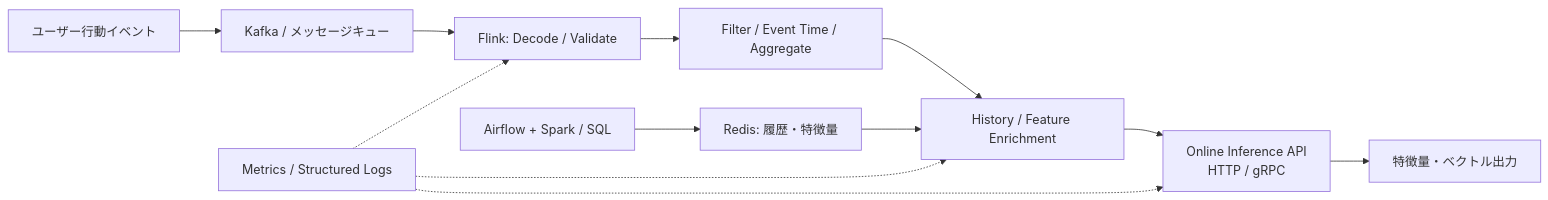
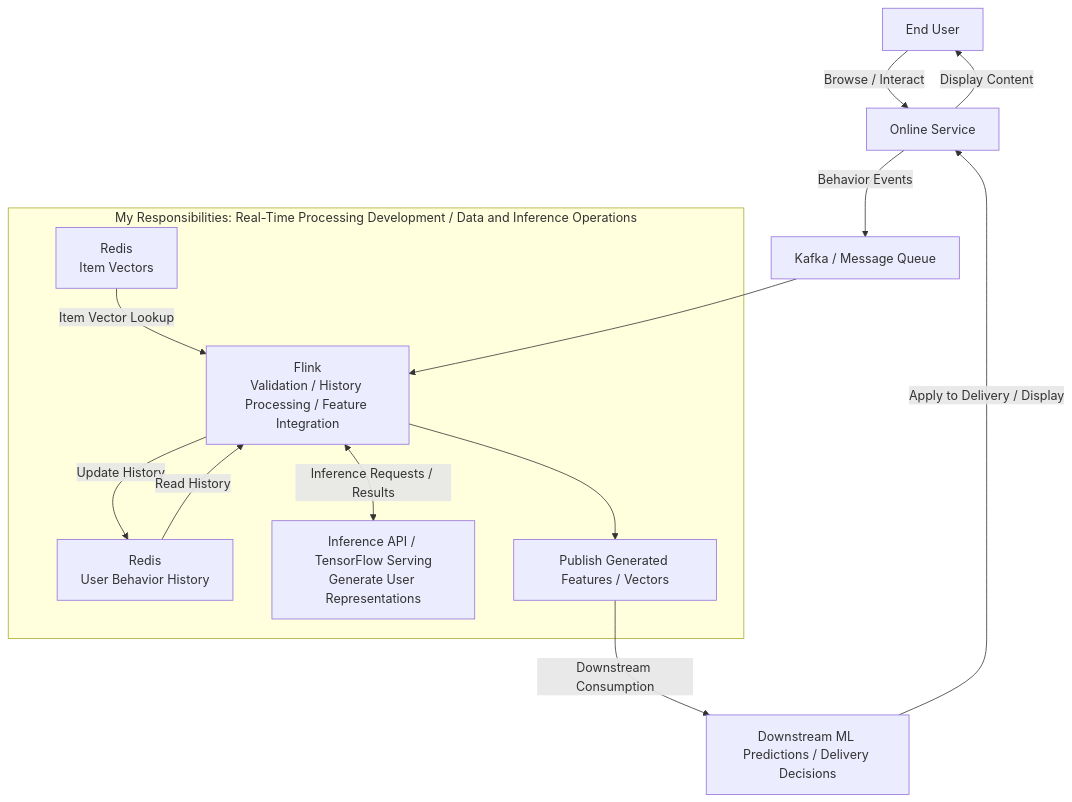
Before and after one commit to yuanwuab-public/Realtime-application: the first of 2 diagrams in README.md, drawn with Mermaid. The commit also changed other lines of this file and 2 other files, not shown here.

Commit message:
docs: add multilingual READMEs and English diagrams

````diff
--- a/README.md
+++ b/README.md
@@ -46,15 +72,24 @@
 ```mermaid
-flowchart LR
-    SOURCE["ユーザー行動イベント"] --> MQ["Kafka / メッセージキュー"]
-    MQ --> DECODE["Flink: Decode / Validate"]
-    DECODE --> PROCESS["Filter / Event Time / Aggregate"]
-    PROCESS --> ENRICH["History / Feature Enrichment"]
-    REDIS["Redis: 履歴・特徴量"] --> ENRICH
-    ENRICH --> INFERENCE["Online Inference API<br/>HTTP / gRPC"]
-    INFERENCE --> OUTPUT["特徴量・ベクトル出力"]
+flowchart TB
+    USER["End User"] -->|Browse / Interact| SERVICE["Online Service"]
+    SERVICE -->|Behavior Events| MQ["Kafka / Message Queue"]
 
-    BATCH["Airflow + Spark / SQL"] --> REDIS
-    OBS["Metrics / Structured Logs"] -.-> DECODE
-    OBS -.-> ENRICH
-    OBS -.-> INFERENCE
+    subgraph OWNED["My Responsibilities: Real-Time Processing Development / Data and Inference Operations"]
+        FLINK["Flink<br/>Validation / History Processing / Feature Integration"]
+        HISTORY["Redis<br/>User Behavior History"]
+        ITEMS["Redis<br/>Item Vectors"]
+        INFERENCE["Inference API / TensorFlow Serving<br/>Generate User Representations"]
+        OUTPUT["Publish Generated Features / Vectors"]
+
+        FLINK -->|Update History| HISTORY
+        HISTORY -->|Read History| FLINK
+        ITEMS -->|Item Vector Lookup| FLINK
+        FLINK <-->|Inference Requests / Results| INFERENCE
+        FLINK --> OUTPUT
+    end
+
+    MQ --> FLINK
+    OUTPUT -->|Downstream Consumption| PREDICTION["Downstream ML Predictions / Delivery Decisions"]
+    PREDICTION -->|Apply to Delivery / Display| SERVICE
+    SERVICE -->|Display Content| USER
 ```
````
